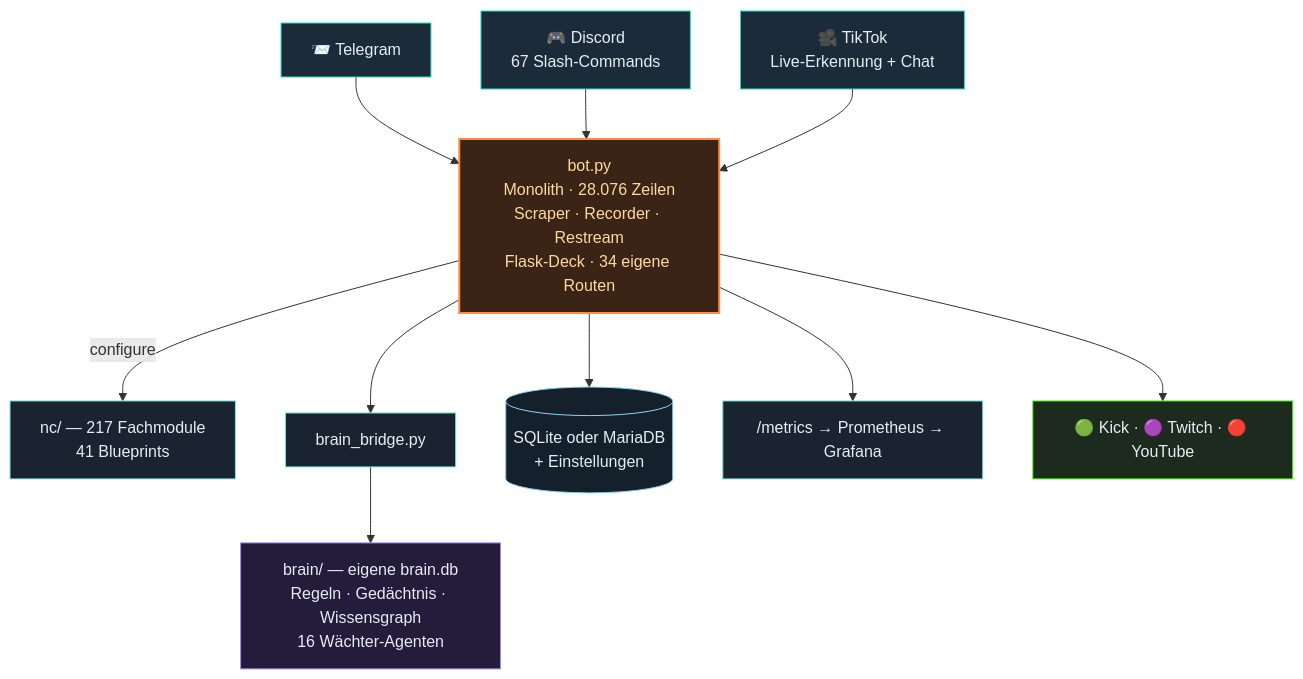
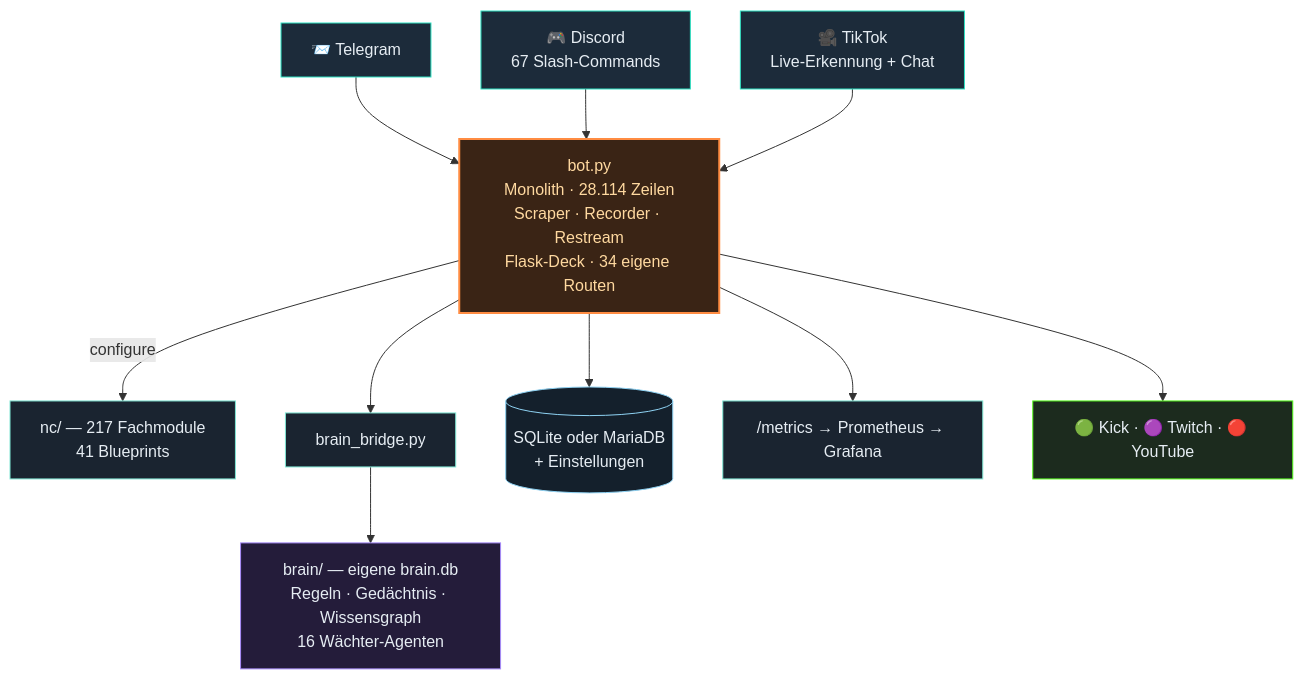
One commit to itsamemedev/Telegram-Stream-Info-Bot changed the second of 3 diagrams in README.md. Above: the diagram before and after it, drawn with Mermaid. The commit also changed other lines of this file and 11 other files, not shown here.

````diff
--- a/README.md
+++ b/README.md
@@ -118,19 +118,19 @@
 ```mermaid
 flowchart TB
     TG["📨 Telegram"]:::ein --> BOT
     DC["🎮 Discord<br/>67 Slash-Commands"]:::ein --> BOT
     TT["🎥 TikTok<br/>Live-Erkennung + Chat"]:::ein --> BOT
-    BOT["bot.py<br/>Monolith · 28.076 Zeilen<br/>Scraper · Recorder · Restream<br/>Flask-Deck · 34 eigene Routen"]:::core
+    BOT["bot.py<br/>Monolith · 28.114 Zeilen<br/>Scraper · Recorder · Restream<br/>Flask-Deck · 34 eigene Routen"]:::core
     BOT -->|configure| NC["nc/ — 217 Fachmodule<br/>41 Blueprints"]:::lib
     BOT --> BR["brain_bridge.py"]:::lib
     BR --> BRAIN["brain/ — eigene brain.db<br/>Regeln · Gedächtnis · Wissensgraph<br/>16 Wächter-Agenten"]:::brain
     BOT --> DB[("SQLite oder MariaDB<br/>+ Einstellungen")]:::db
     BOT --> PROM["/metrics → Prometheus → Grafana"]:::lib
     BOT --> OUT["🟢 Kick · 🟣 Twitch · 🔴 YouTube"]:::out
     classDef ein fill:#1c2b3a,stroke:#2de1c2,color:#e6edf3
     classDef core fill:#3a2415,stroke:#ff8c42,stroke-width:2px,color:#ffd9a0
     classDef lib fill:#1a2430,stroke:#7fe7d4,color:#e6edf3
     classDef brain fill:#241c3a,stroke:#a78bfa,color:#e6edf3
     classDef db fill:#14202c,stroke:#8fd3f4,color:#e6edf3
     classDef out fill:#1c2b1e,stroke:#53fc18,color:#e6edf3
 ```
````
